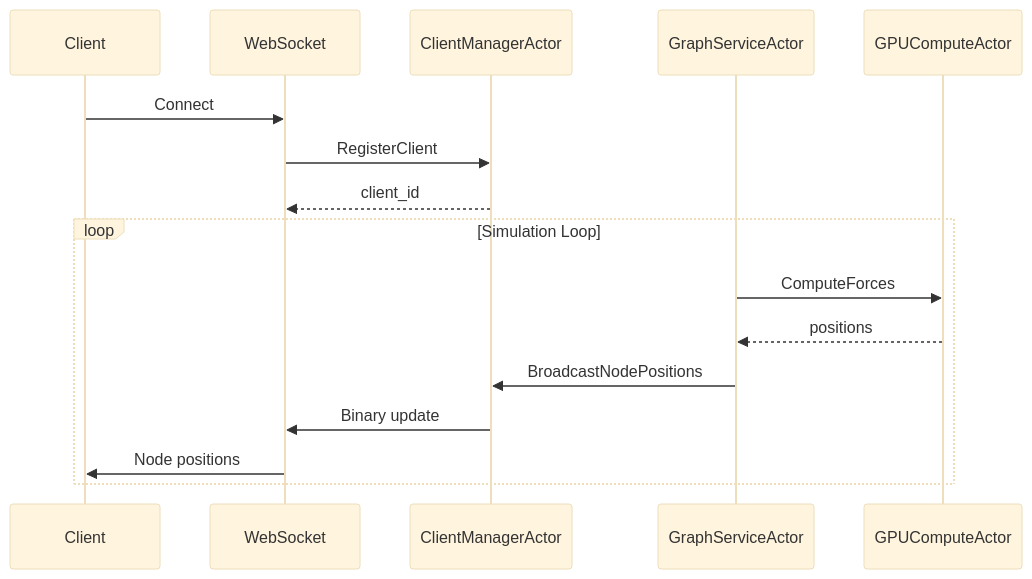
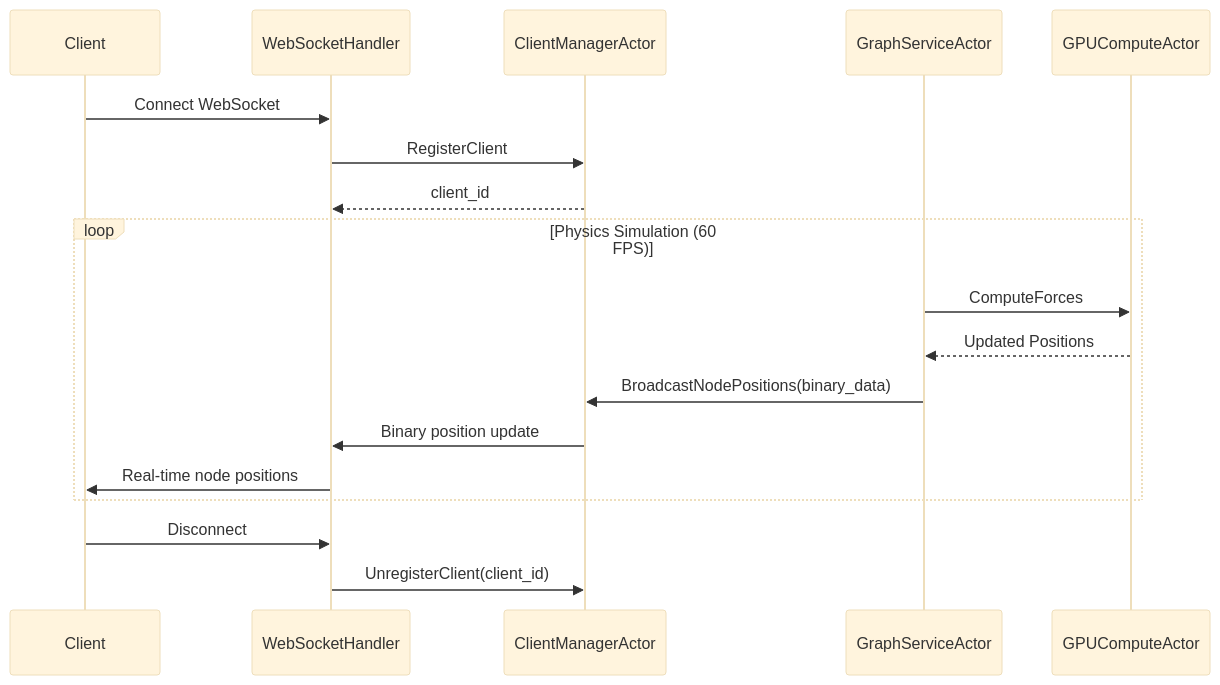
Before and after one commit to DreamLab-AI/VisionFlow: the second of 4 diagrams in docs/server/actors.md, drawn with Mermaid (base theme). The commit also changed other lines of this file and 22 other files, not shown here.

````diff
--- a/docs/server/actors.md
+++ b/docs/server/actors.md
@@ -192,20 +315,23 @@
 ```mermaid
 sequenceDiagram
     participant Client
-    participant WebSocket
-    participant ClientManagerActor
-    participant GraphServiceActor
-    participant GPUComputeActor
+    participant WS as WebSocketHandler
+    participant CMA as ClientManagerActor
+    participant GSA as GraphServiceActor
+    participant GCA as GPUComputeActor
     
-    Client->>WebSocket: Connect
-    WebSocket->>ClientManagerActor: RegisterClient
-    ClientManagerActor-->>WebSocket: client_id
+    Client->>WS: Connect WebSocket
+    WS->>CMA: RegisterClient
+    CMA-->>WS: client_id
     
-    loop Simulation Loop
-        GraphServiceActor->>GPUComputeActor: ComputeForces
-        GPUComputeActor-->>GraphServiceActor: positions
-        GraphServiceActor->>ClientManagerActor: BroadcastNodePositions
-        ClientManagerActor->>WebSocket: Binary update
-        WebSocket->>Client: Node positions
+    loop Physics Simulation (60 FPS)
+        GSA->>GCA: ComputeForces
+        GCA-->>GSA: Updated Positions
+        GSA->>CMA: BroadcastNodePositions(binary_data)
+        CMA->>WS: Binary position update
+        WS->>Client: Real-time node positions
     end
+    
+    Client->>WS: Disconnect
+    WS->>CMA: UnregisterClient(client_id)
 ```
````
